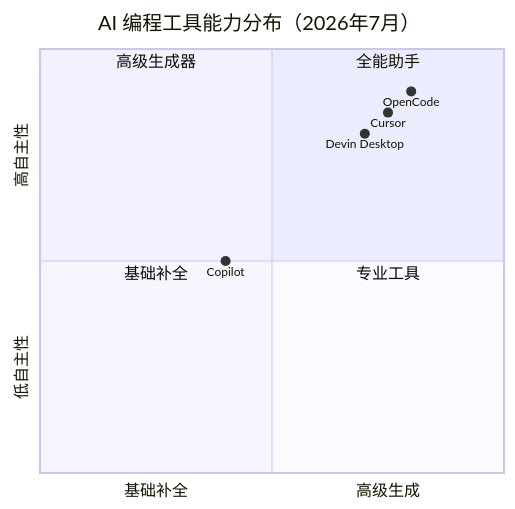
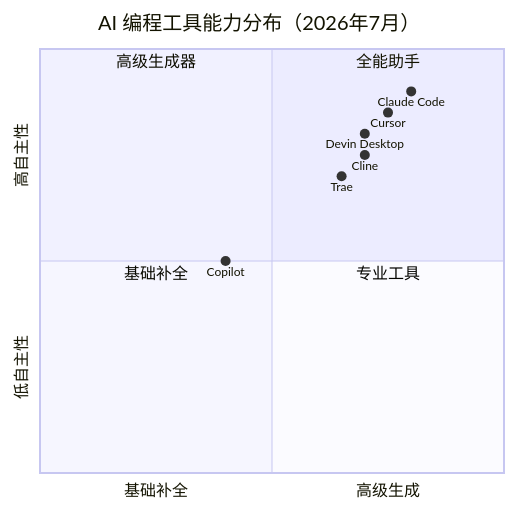
The first of 2 diagrams in docs/ai-dev/ai-tools-overview.md (TonyXY/frontend-interview), drawn with Mermaid before and after one commit. The commit also changed other lines of this file and 3 other files, not shown here.

Commit message:
update: refresh AI tooling docs for 2026 (Claude Opus 4.8, Cursor 3.x, Trae, Cline, Devin Cascade EOL)

````diff
--- a/docs/ai-dev/ai-tools-overview.md
+++ b/docs/ai-dev/ai-tools-overview.md
@@ -18,14 +18,16 @@
 ```mermaid
 quadrantChart
     title AI 编程工具能力分布（2026年7月）
     x-axis 基础补全 --> 高级生成
     y-axis 低自主性 --> 高自主性
     quadrant-1 "全能助手"
     quadrant-2 "高级生成器"
     quadrant-3 "基础补全"
     quadrant-4 "专业工具"
     "Copilot": [0.4, 0.5]
     "Cursor": [0.75, 0.85]
+    "Claude Code": [0.8, 0.9]
     "Devin Desktop": [0.7, 0.8]
-    "OpenCode": [0.8, 0.9]
+    "Trae": [0.65, 0.7]
+    "Cline": [0.7, 0.75]
 ```
````
